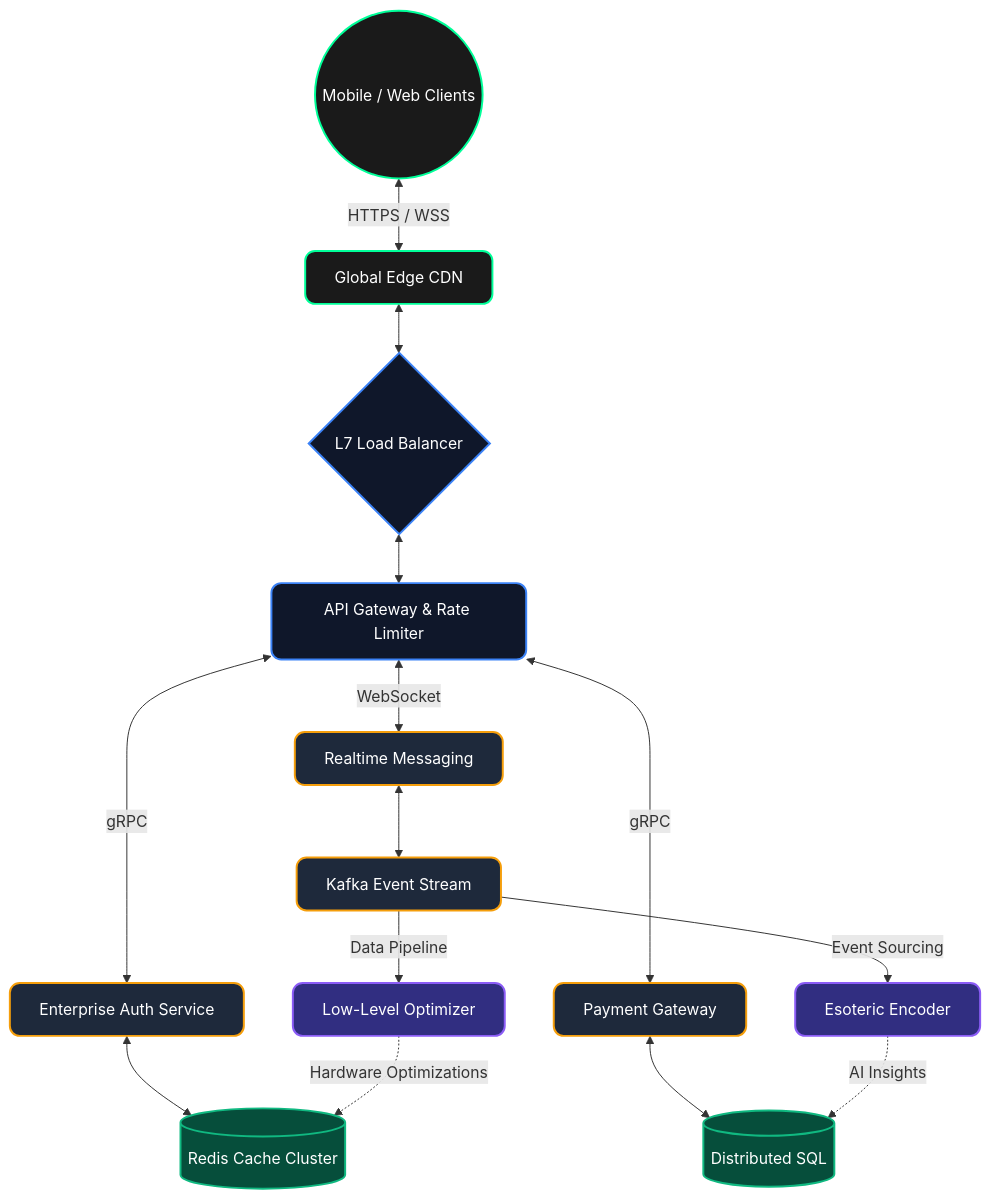
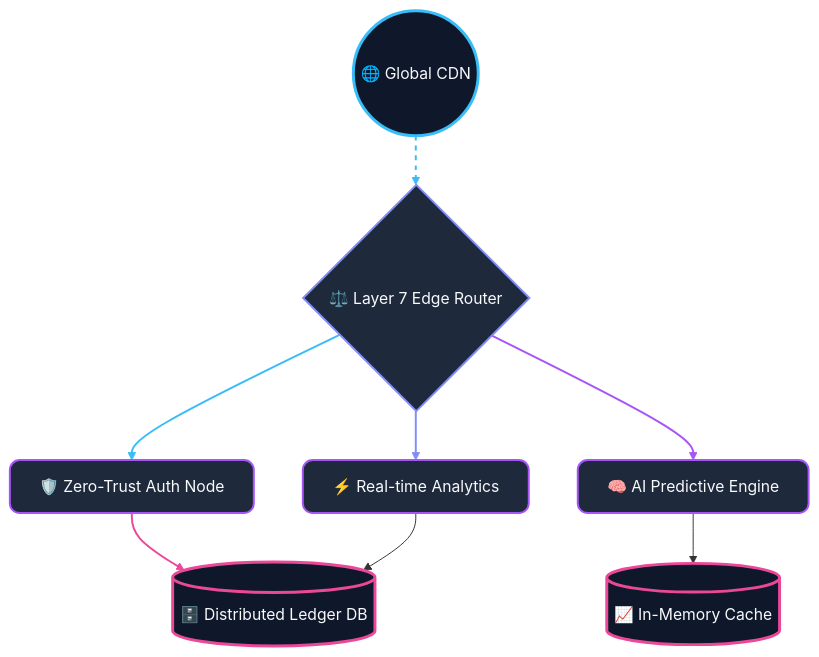
Before and after one commit to Suyash-coder-12/BeatsVibe-App: the diagram in README.md, drawn with Mermaid. The commit also changed other lines of this file and 67 other files, not shown here.

Commit message:
Enterprise release: 3D README, 50+ polyglot architecture, premium student dashboard, and core updates

````diff
--- a/README.md
+++ b/README.md
@@ -22,45 +27,25 @@
 ```mermaid
 graph TD
-    %% Define Styles
-    classDef client fill:#1a1a1a,stroke:#00ff99,stroke-width:2px,color:#fff,rx:10,ry:10
-    classDef gateway fill:#0f172a,stroke:#3b82f6,stroke-width:2px,color:#fff,rx:10,ry:10
-    classDef service fill:#1e293b,stroke:#f59e0b,stroke-width:2px,color:#fff,rx:10,ry:10
-    classDef db fill:#064e3b,stroke:#10b981,stroke-width:2px,color:#fff,rx:10,ry:10
-    classDef ai fill:#312e81,stroke:#8b5cf6,stroke-width:2px,color:#fff,rx:10,ry:10
+    %% Node Shapes and Styles
+    classDef client fill:#0f172a,stroke:#38bdf8,stroke-width:3px,color:#f8fafc,rx:10,ry:10;
+    classDef lb fill:#1e293b,stroke:#818cf8,stroke-width:2px,color:#f8fafc,rx:10,ry:10;
+    classDef service fill:#1e293b,stroke:#a855f7,stroke-width:2px,color:#f8fafc,rx:10,ry:10;
+    classDef db fill:#0f172a,stroke:#ec4899,stroke-width:3px,color:#f8fafc,rx:20,ry:20;
     
     %% Nodes
-    Client((Mobile / Web Clients)):::client
-    CDN[Global Edge CDN]:::client
-    LB{L7 Load Balancer}:::gateway
-    API[API Gateway & Rate Limiter]:::gateway
+    A((🌐 Global CDN)):::client --> B{⚖️ Layer 7 Edge Router}:::lb
+    B --> C[🛡️ Zero-Trust Auth Node]:::service
+    B --> D[⚡ Real-time Analytics]:::service
+    B --> E[🧠 AI Predictive Engine]:::service
     
-    Auth[Enterprise Auth Service]:::service
-    Billing[Payment Gateway]:::service
-    Chat[Realtime Messaging]:::service
-    Stream[Kafka Event Stream]:::service
+    C --> F[(🗄️ Distributed Ledger DB)]:::db
+    D --> F
+    E --> G[(📈 In-Memory Cache)]:::db
     
-    Brainfuck[Esoteric Encoder]:::ai
-    Assembly[Low-Level Optimizer]:::ai
-    
-    DB[(Distributed SQL)]:::db
-    Redis[(Redis Cache Cluster)]:::db
-    
-    %% Connections
-    Client <-->|HTTPS / WSS| CDN
-    CDN <--> LB
-    LB <--> API
-    
-    API <-->|gRPC| Auth
-    API <-->|gRPC| Billing
-    API <-->|WebSocket| Chat
-    
-    Auth <--> Redis
-    Billing <--> DB
-    Chat <--> Stream
-    
-    Stream -->|Event Sourcing| Brainfuck
-    Stream -->|Data Pipeline| Assembly
-    
-    Brainfuck -.->|AI Insights| DB
-    Assembly -.->|Hardware Optimizations| Redis
+    %% Animated Links
+    linkStyle 0 stroke:#38bdf8,stroke-width:2px,fill:none,stroke-dasharray: 5 5;
+    linkStyle 1 stroke:#38bdf8,stroke-width:2px,fill:none;
+    linkStyle 2 stroke:#818cf8,stroke-width:2px,fill:none;
+    linkStyle 3 stroke:#a855f7,stroke-width:2px,fill:none;
+    linkStyle 4 stroke:#ec4899,stroke-width:2px,fill:none;
 ```
````
